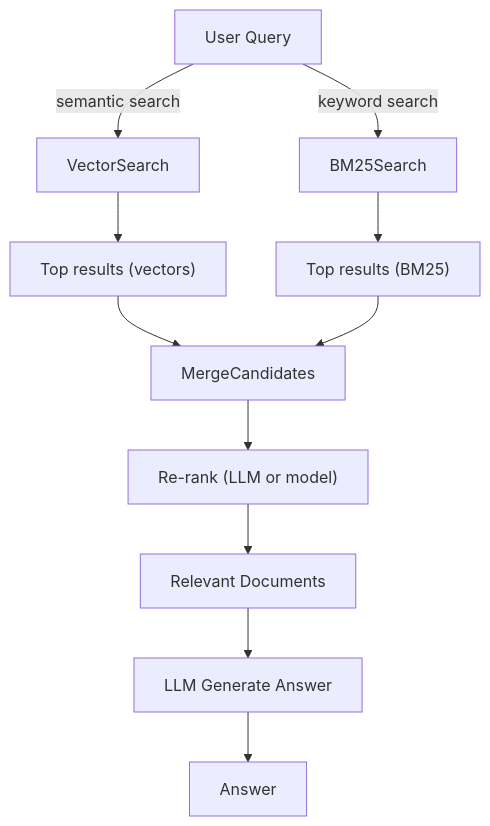
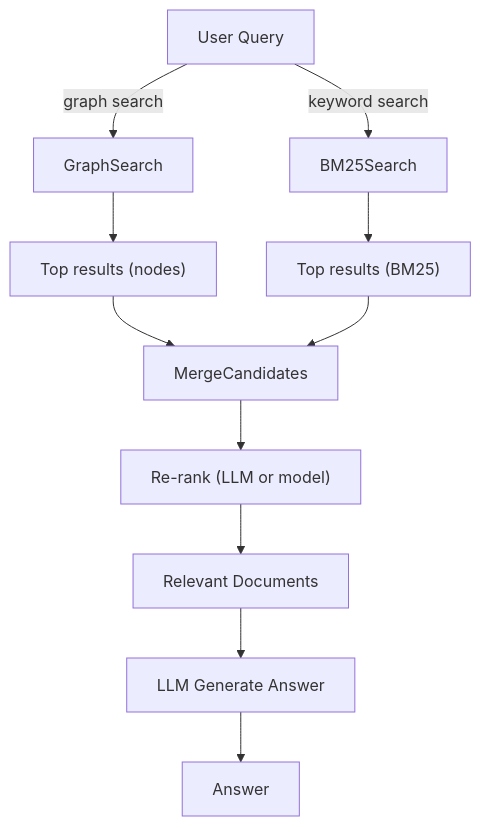
Before and after one commit to dmitry-buykin/llm-lab-katas: the sixth of 9 diagrams in 6-patterns.md, drawn with Mermaid. The commit also changed other lines of this file, not shown here.

````diff
--- a/6-patterns.md
+++ b/6-patterns.md
@@ -171,13 +171,13 @@
 ```mermaid
 flowchart TD
-    Query["User Query"] -->|semantic search| VectorSearch
+    Query["User Query"] -->|graph search| GraphSearch
     Query -->|keyword search| BM25Search
-    VectorSearch --> VecResults["Top results (vectors)"]
+    GraphSearch --> GraphResults["Top results (nodes)"]
     BM25Search --> KeywordResults["Top results (BM25)"]
-    VecResults --> MergeCandidates
+    GraphResults --> MergeCandidates
     KeywordResults --> MergeCandidates
     MergeCandidates --> Reranker["Re-rank (LLM or model)"]
     Reranker --> FinalDocs["Relevant Documents"]
     FinalDocs --> LLM["LLM Generate Answer"]
     LLM --> Answer["Answer"]
 ```
````
